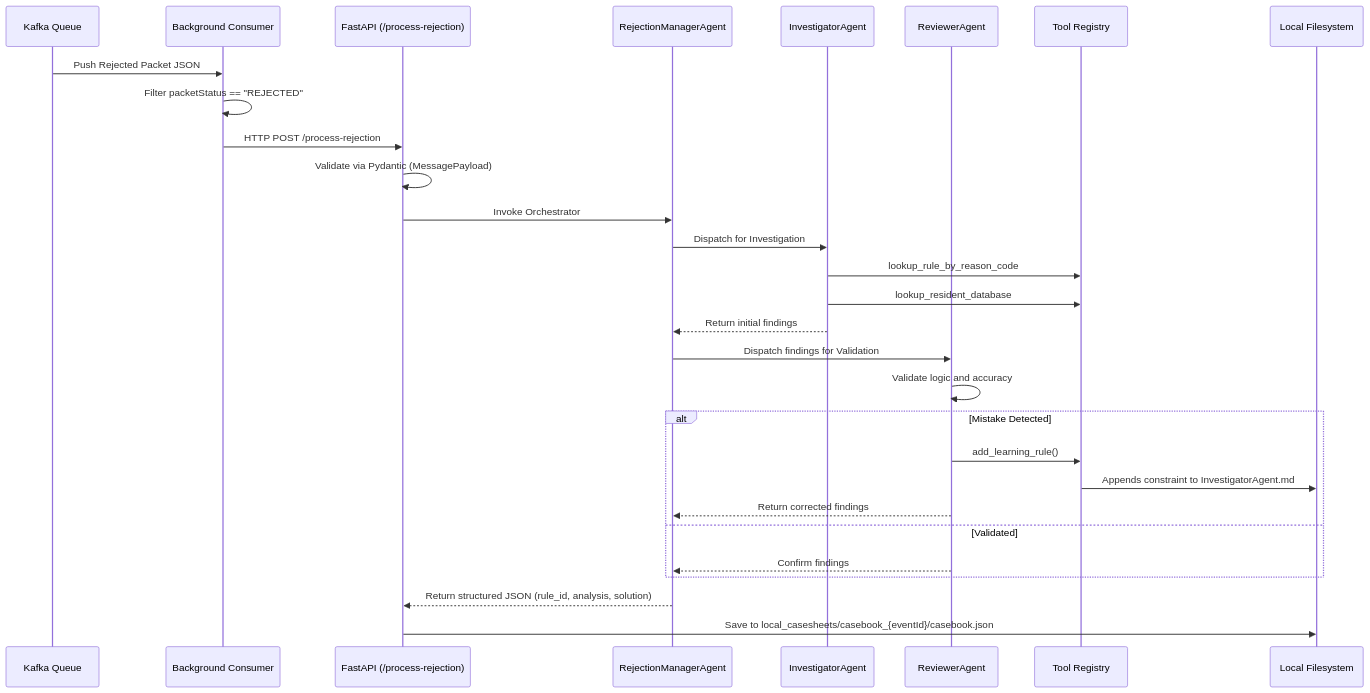
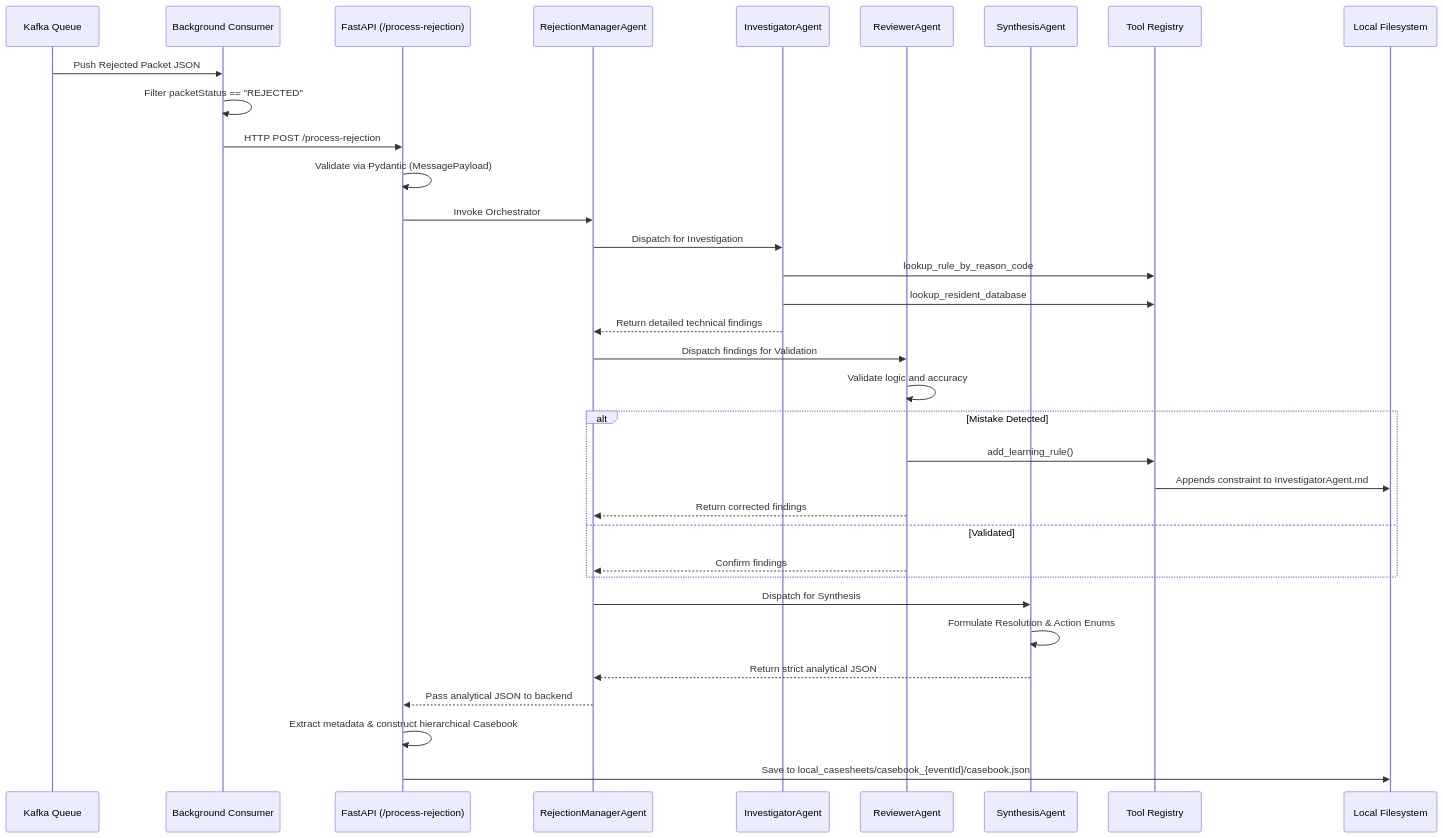
The diagram in ARCHITECTURE.md (GuruSrikanth10/packet-CRM), drawn with Mermaid before and after one commit. The commit also changed other lines of this file, not shown here.

Commit message:
Update ARCHITECTURE.md to reflect SynthesisAgent and hierarchical Casebook schema

````diff
--- a/ARCHITECTURE.md
+++ b/ARCHITECTURE.md
@@ -12,37 +12,43 @@
 ```mermaid
 sequenceDiagram
     participant K as Kafka Queue
     participant C as Background Consumer
     participant API as FastAPI (/process-rejection)
     participant M as RejectionManagerAgent
     participant I as InvestigatorAgent
     participant R as ReviewerAgent
+    participant S as SynthesisAgent
     participant T as Tool Registry
     participant FS as Local Filesystem
 
     K->>C: Push Rejected Packet JSON
     C->>C: Filter packetStatus == "REJECTED"
     C->>API: HTTP POST /process-rejection
     
     API->>API: Validate via Pydantic (MessagePayload)
     API->>M: Invoke Orchestrator
     
     M->>I: Dispatch for Investigation
     I->>T: lookup_rule_by_reason_code
     I->>T: lookup_resident_database
-    I-->>M: Return initial findings
+    I-->>M: Return detailed technical findings
     
     M->>R: Dispatch findings for Validation
     R->>R: Validate logic and accuracy
     
     alt Mistake Detected
         R->>T: add_learning_rule()
         T->>FS: Appends constraint to InvestigatorAgent.md
         R-->>M: Return corrected findings
     else Validated
         R-->>M: Confirm findings
     end
     
-    M-->>API: Return structured JSON (rule_id, analysis, solution)
+    M->>S: Dispatch for Synthesis
+    S->>S: Formulate Resolution & Action Enums
+    S-->>M: Return strict analytical JSON
+    
+    M-->>API: Pass analytical JSON to backend
+    API->>API: Extract metadata & construct hierarchical Casebook
     API->>FS: Save to local_casesheets/casebook_{eventId}/casebook.json
 ```
````
